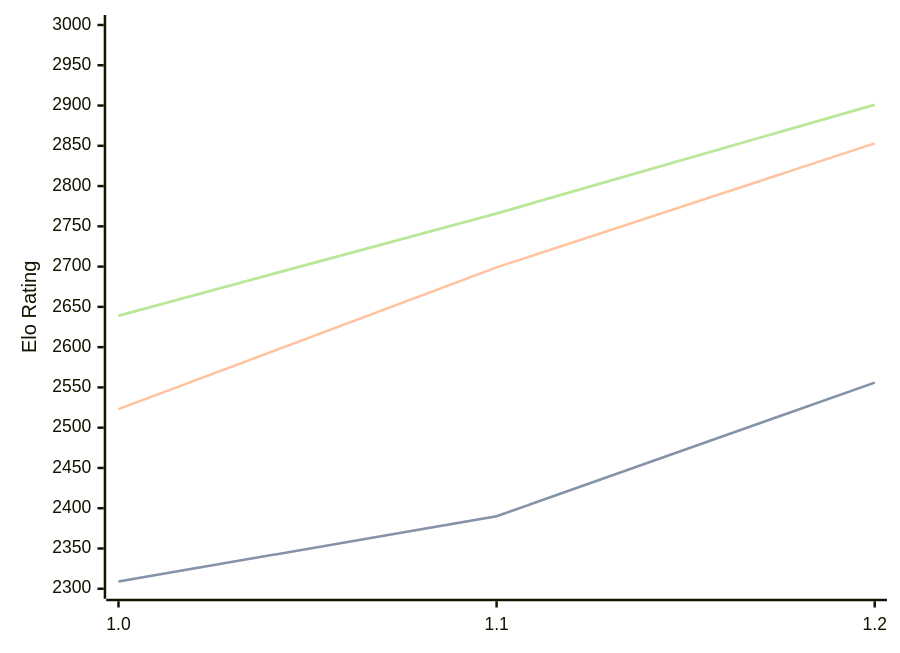
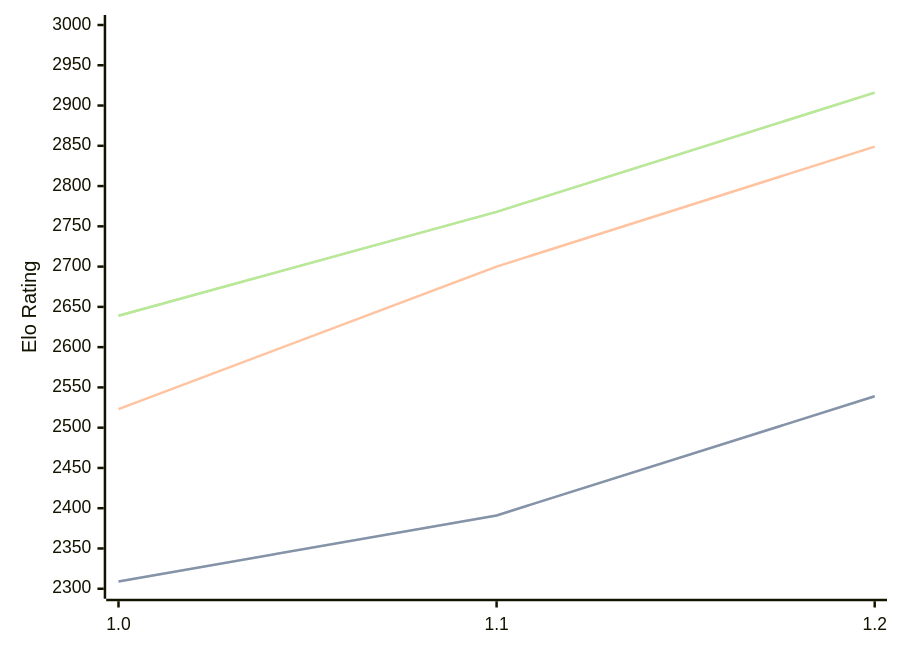
One commit to computer-chess-index/cci changed the first of 3 diagrams in engines/FoxChess.md. Above: the diagram before and after it, drawn with Mermaid. The commit also changed other lines of this file, not shown here.

Commit message:
Update CCI Ratings (ELO VLTC) - 2026-06-24

````diff
--- a/engines/FoxChess.md
+++ b/engines/FoxChess.md
@@ -33,11 +33,11 @@
 ```mermaid
 %%{init: {"theme":"base","themeVariables":{"seriesColors:['#a3a3a3','#222221','#faa371']}}}%%
 xychart-beta
   x-axis ["1.0", "1.1", "1.2"]
   y-axis "Elo Rating" 2300 --> 3000
-  line "STC (8.0+0.08s)" [2309, 2390, 2556]
-  line "STC (8.0+0.08s)" [2309, 2390, 2556]
-  line "LTC (60.0+0.60s)" [2523, 2699, 2853]
-  line "VLTC (2m24s+1.12s)" [2639, 2766, 2901]
-  line "VLTC (2m24s+1.12s)" [2639, 2766, 2901]
+  line "STC (8.0+0.08s)" [2309, 2391, 2539]
+  line "STC (8.0+0.08s)" [2309, 2391, 2539]
+  line "LTC (60.0+0.60s)" [2523, 2700, 2849]
+  line "VLTC (2m24s+1.12s)" [2639, 2768, 2916]
+  line "VLTC (2m24s+1.12s)" [2639, 2768, 2916]
 ```
````
